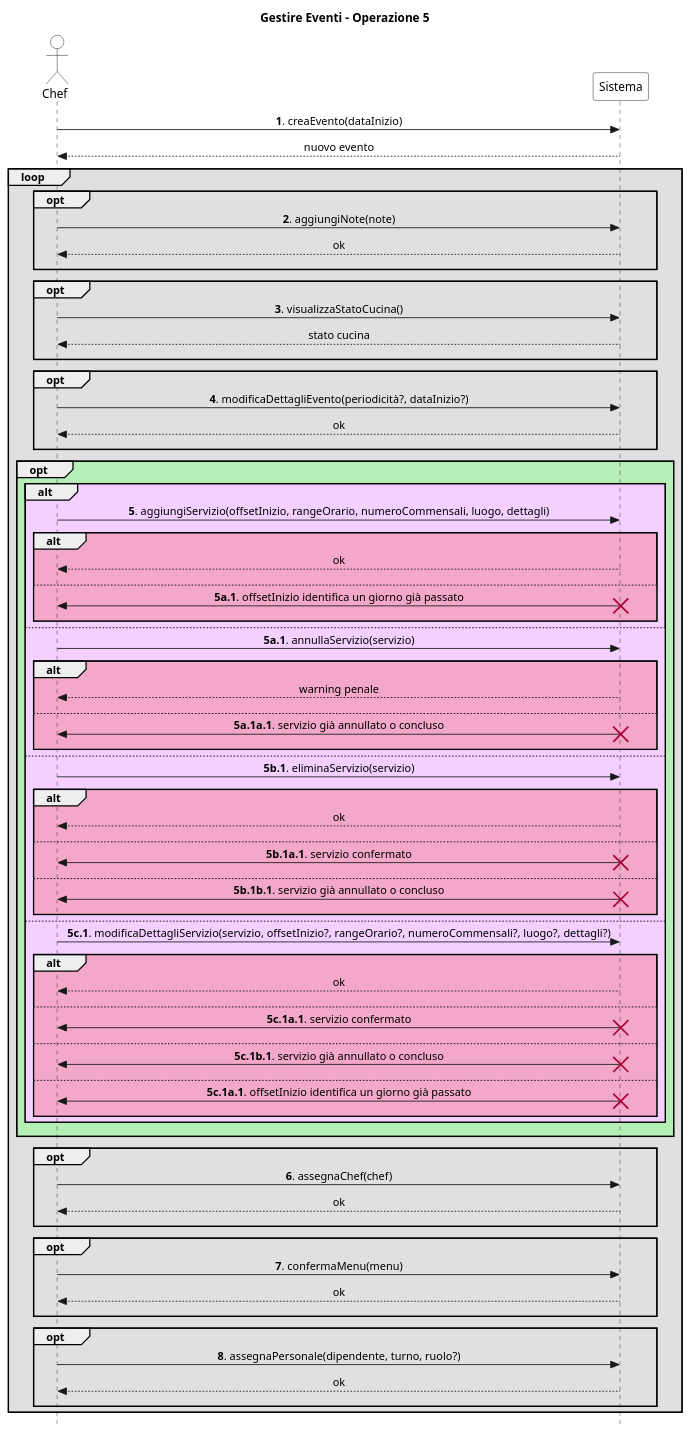
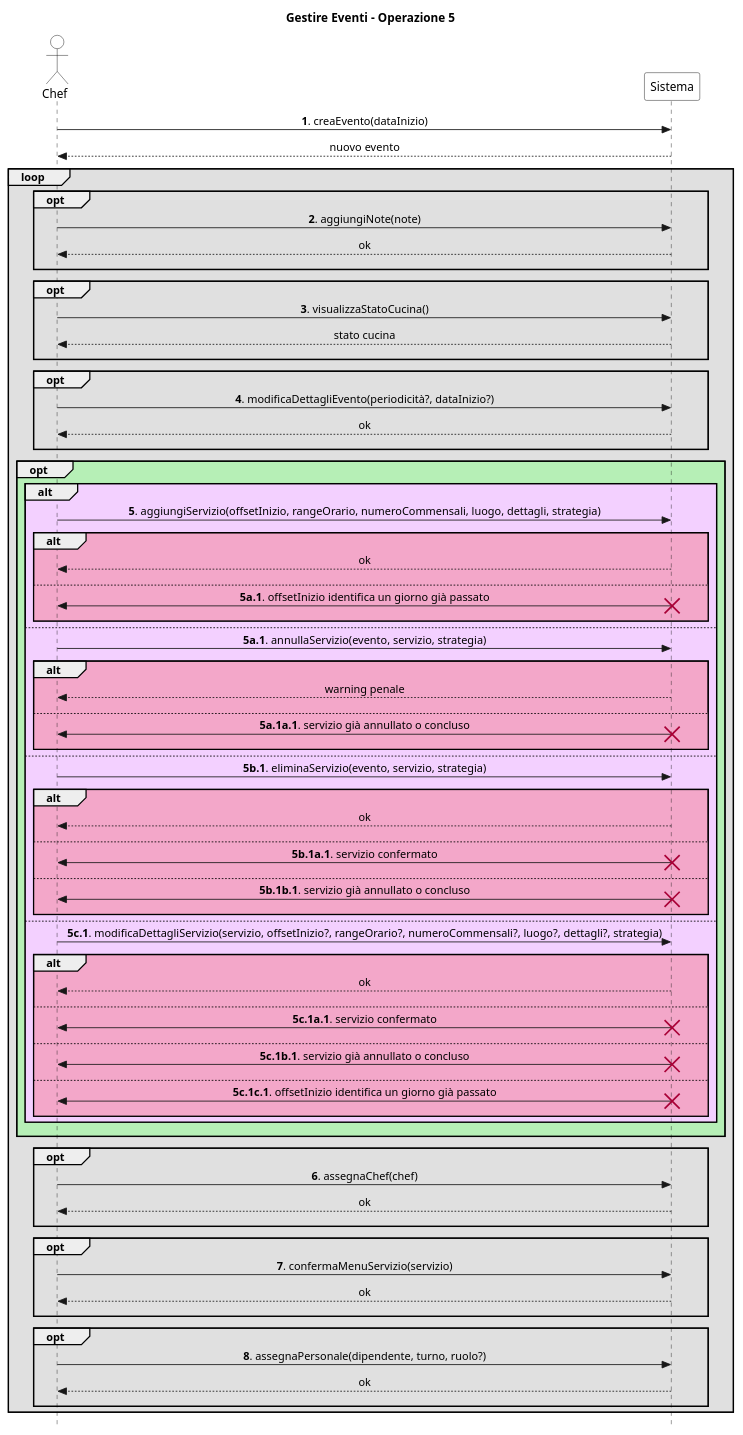
The diagram in UP/Requisiti/UC Gestire Eventi/SSD/Estensioni-Eccezioni Op5.puml (stefa168/sas-project), drawn with PlantUML before and after one commit. The commit also changed 4 other files, not shown here.

```diff
--- a/UP/Requisiti/UC Gestire Eventi/SSD/Estensioni-Eccezioni Op5.puml
+++ b/UP/Requisiti/UC Gestire Eventi/SSD/Estensioni-Eccezioni Op5.puml
@@ -1,114 +1,114 @@
 @startuml
 skinparam Style strictuml
 skinparam SequenceMessageAlign center
 
 skinparam sequence {
     ActorBorderColor Black
     ActorBackgroundColor White
     ParticipantBorderColor Black
     ParticipantBackgroundColor White
 }
 
 actor Chef
 participant Sistema
 
 title Gestire Eventi - Operazione 5
 
 Chef -> Sistema: **1**. creaEvento(dataInizio)
 return nuovo evento
 
 loop #e0e0e0
     opt #e0e0e0
         Chef -> Sistema: **2**. aggiungiNote(note)
         return ok
         ||10||
     end
 
     opt #e0e0e0
         Chef -> Sistema: **3**. visualizzaStatoCucina()
         return stato cucina
         ||10||
     end
 
     opt #e0e0e0
         Chef -> Sistema: **4**. modificaDettagliEvento(periodicità?, dataInizio?)
         return ok
         ||10||
     end
 
     opt #b6efb6
         alt #f3d0ff
-            Chef -> Sistema: **5**. aggiungiServizio(offsetInizio, rangeOrario, numeroCommensali, luogo, dettagli)
+            Chef -> Sistema: **5**. aggiungiServizio(offsetInizio, rangeOrario, numeroCommensali, luogo, dettagli, strategia)
             alt #f3a7c9
                 return ok
                 ||10||
             else
                 Chef <- Sistema: **5a.1**. offsetInizio identifica un giorno già passato
                 destroy Sistema
                 ||10||
             end
         else
-            Chef -> Sistema: **5a.1**. annullaServizio(servizio)
+            Chef -> Sistema: **5a.1**. annullaServizio(evento, servizio, strategia)
             alt #f3a7c9
                 return warning penale
                 ||10||
             else
                 Chef <- Sistema: **5a.1a.1**. servizio già annullato o concluso
                 destroy Sistema
                 ||10||
             end
         else
-            Chef -> Sistema: **5b.1**. eliminaServizio(servizio)
+            Chef -> Sistema: **5b.1**. eliminaServizio(evento, servizio, strategia)
             alt #f3a7c9
                 return ok
                 ||10||
             else
                 Chef <- Sistema: **5b.1a.1**. servizio confermato
                 destroy Sistema
                 ||10||
             else
                 Chef <- Sistema: **5b.1b.1**. servizio già annullato o concluso
                 destroy Sistema
                 ||10||
             end
         else
-            Chef -> Sistema: **5c.1**. modificaDettagliServizio(servizio, offsetInizio?, rangeOrario?, numeroCommensali?, luogo?, dettagli?)
+            Chef -> Sistema: **5c.1**. modificaDettagliServizio(servizio, offsetInizio?, rangeOrario?, numeroCommensali?, luogo?, dettagli?, strategia)
             alt #f3a7c9
                 return ok
                 ||10||
             else
                 Chef <- Sistema: **5c.1a.1**. servizio confermato
                 destroy Sistema
                 ||10||
             else
                 Chef <- Sistema: **5c.1b.1**. servizio già annullato o concluso
                 destroy Sistema
                 ||10||
             else
-                Chef <- Sistema: **5c.1a.1**. offsetInizio identifica un giorno già passato
+                Chef <- Sistema: **5c.1c.1**. offsetInizio identifica un giorno già passato
                 destroy Sistema
                 ||10||
             end
         end
         ||10||
     end
 
     opt #e0e0e0
         Chef -> Sistema: **6**. assegnaChef(chef)
         return ok
         ||10||
     end
 
     opt #e0e0e0
-        Chef -> Sistema: **7**. confermaMenu(menu)
+        Chef -> Sistema: **7**. confermaMenuServizio(servizio)
         return ok
         ||10||
     end
 
     opt #e0e0e0
         Chef -> Sistema: **8**. assegnaPersonale(dipendente, turno, ruolo?)
         return ok
         ||10||
     end
 end
 @enduml
```
